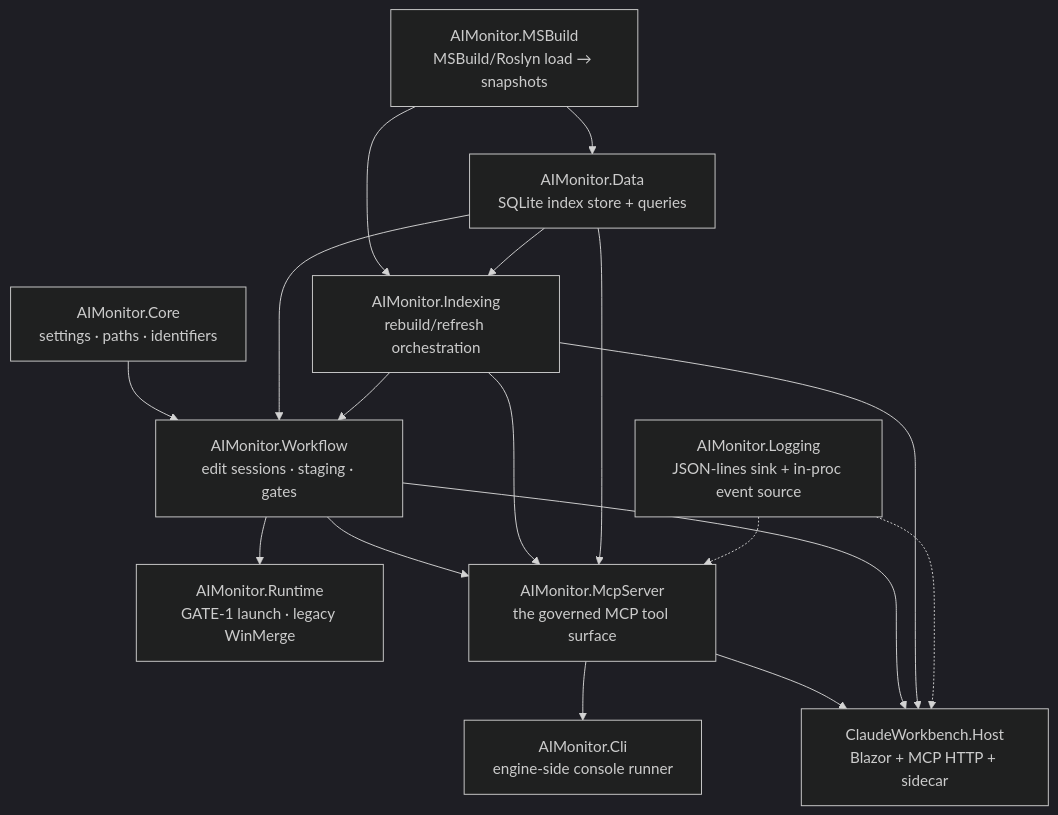
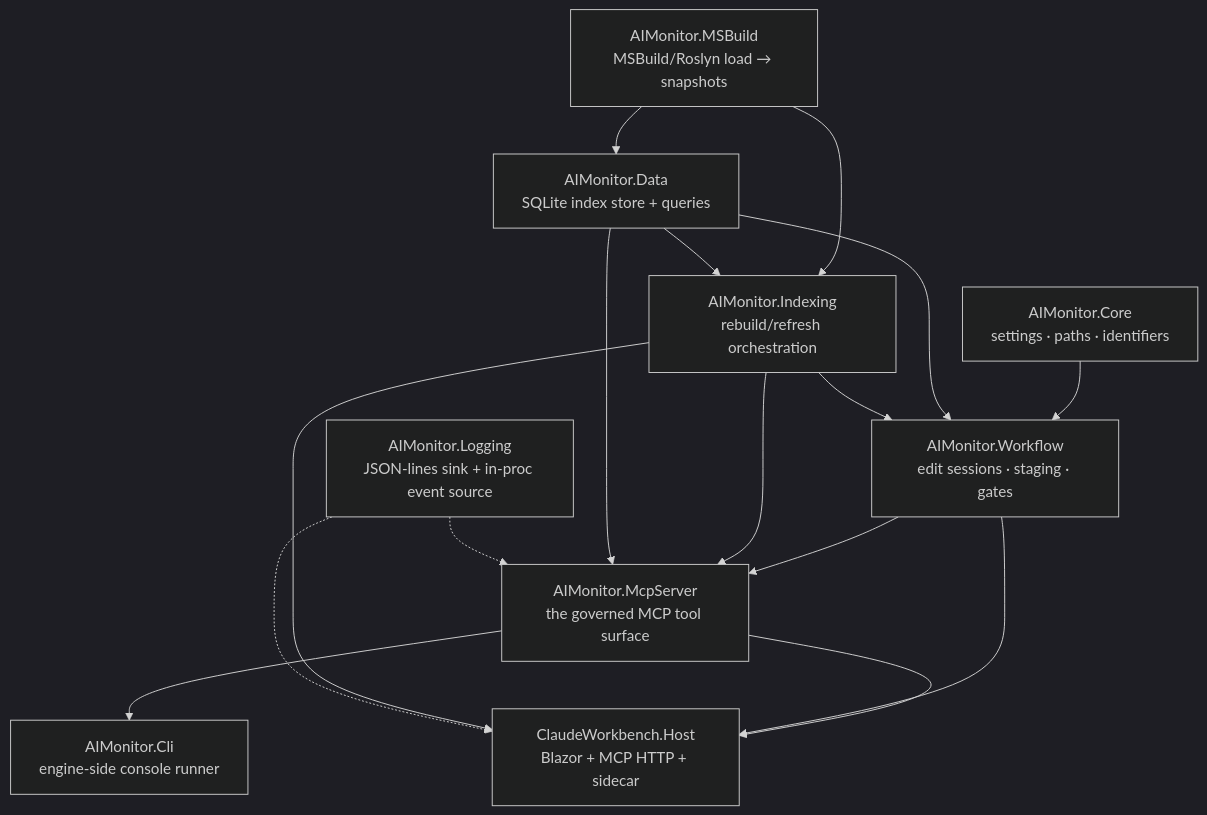
Before and after one commit to rdavi10471a2/ClaudeWorkbench: the fifth of 5 diagrams in docs/architecture/Architecture.md, drawn with Mermaid (dark theme). The commit also changed other lines of this file and 12 other files, not shown here.

````diff
--- a/docs/architecture/Architecture.md
+++ b/docs/architecture/Architecture.md
@@ -246,30 +246,28 @@
 ```mermaid
 flowchart TD
     Core[AIMonitor.Core<br/>settings · paths · identifiers]
     Logging[AIMonitor.Logging<br/>JSON-lines sink + in-proc event source]
     MSBuild[AIMonitor.MSBuild<br/>MSBuild/Roslyn load → snapshots]
     Data[AIMonitor.Data<br/>SQLite index store + queries]
     Indexing[AIMonitor.Indexing<br/>rebuild/refresh orchestration]
     Workflow[AIMonitor.Workflow<br/>edit sessions · staging · gates]
-    Runtime[AIMonitor.Runtime<br/>GATE-1 launch · legacy WinMerge]
     Mcp[AIMonitor.McpServer<br/>the governed MCP tool surface]
     Cli[AIMonitor.Cli<br/>engine-side console runner]
     Host[ClaudeWorkbench.Host<br/>Blazor + MCP HTTP + sidecar]
 
     MSBuild --> Data
     MSBuild --> Indexing
     Data --> Indexing
     Core --> Workflow
     Data --> Workflow
     Indexing --> Workflow
-    Workflow --> Runtime
     Workflow --> Mcp
     Indexing --> Mcp
     Data --> Mcp
     Mcp --> Cli
     Mcp --> Host
     Workflow --> Host
     Indexing --> Host
     Logging -.-> Host
     Logging -.-> Mcp
 ```
````
